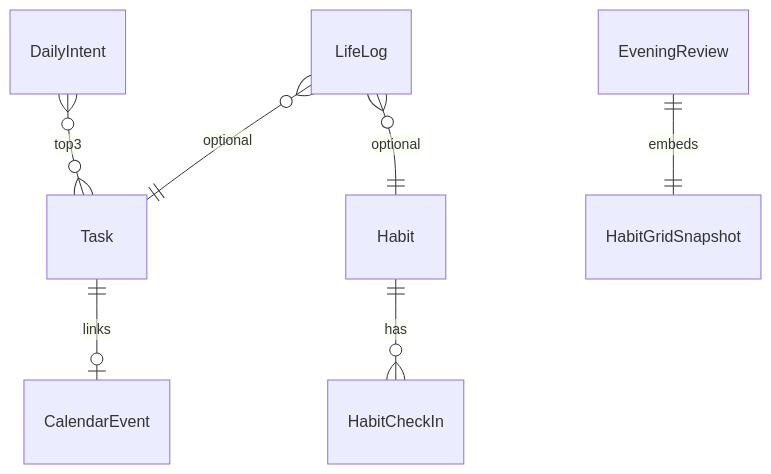
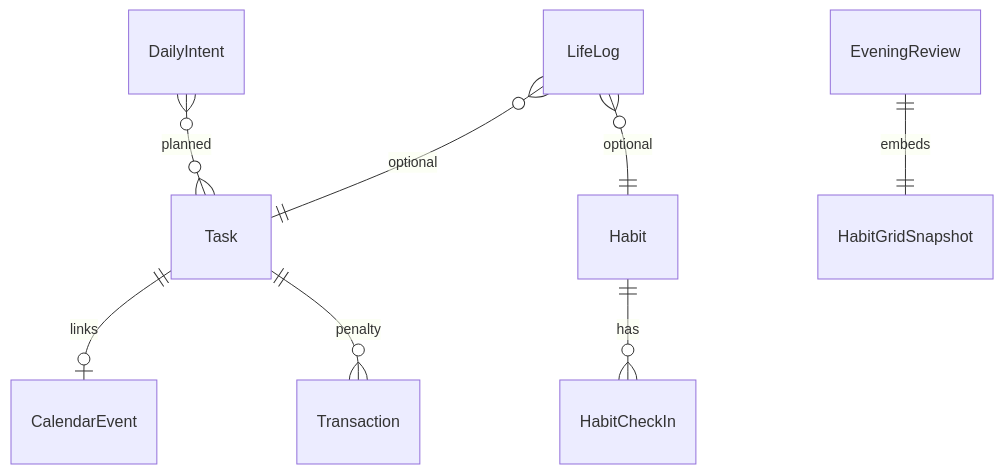
One commit to OwenBueno/Stella-Project changed the diagram in docs/data-model.md. Above: the diagram before and after it, drawn with Mermaid. The commit also changed other lines of this file and 171 other files, not shown here.

````diff
--- a/docs/data-model.md
+++ b/docs/data-model.md
@@ -7,9 +7,10 @@
 ```mermaid
 erDiagram
   Habit ||--o{ HabitCheckIn : has
   Task ||--o| CalendarEvent : links
-  DailyIntent }o--o{ Task : top3
+  DailyIntent }o--o{ Task : planned
   EveningReview ||--|| HabitGridSnapshot : embeds
   LifeLog }o--|| Habit : optional
   LifeLog }o--|| Task : optional
+  Task ||--o{ Transaction : penalty
 ```
````
